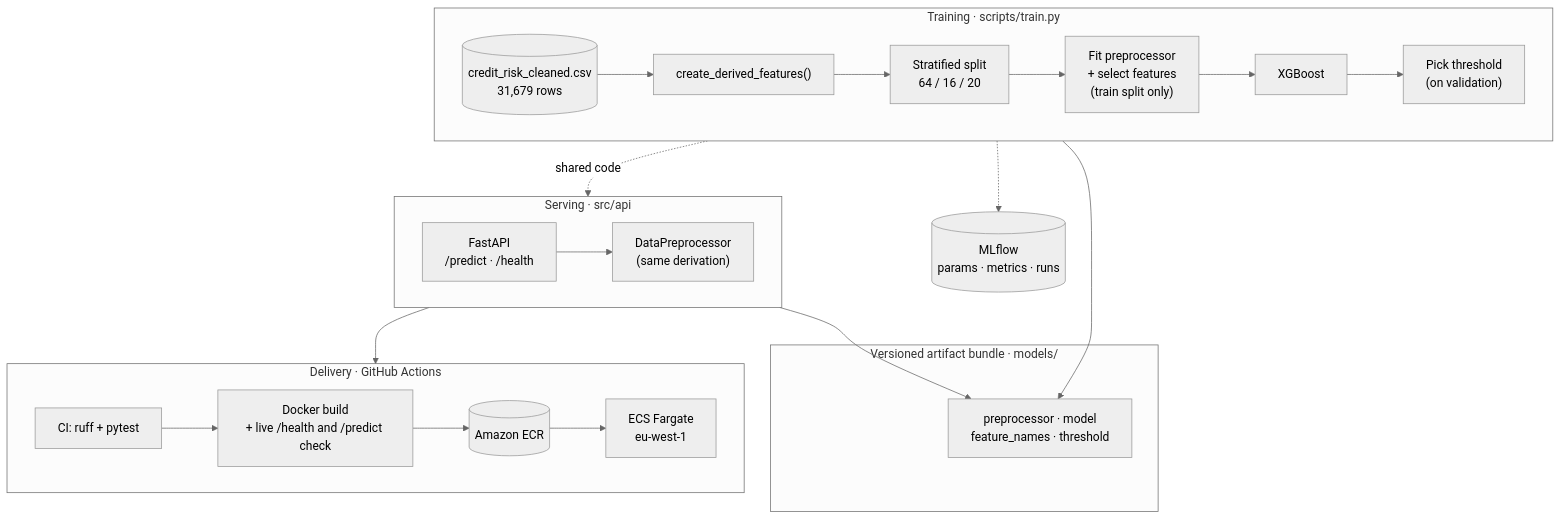
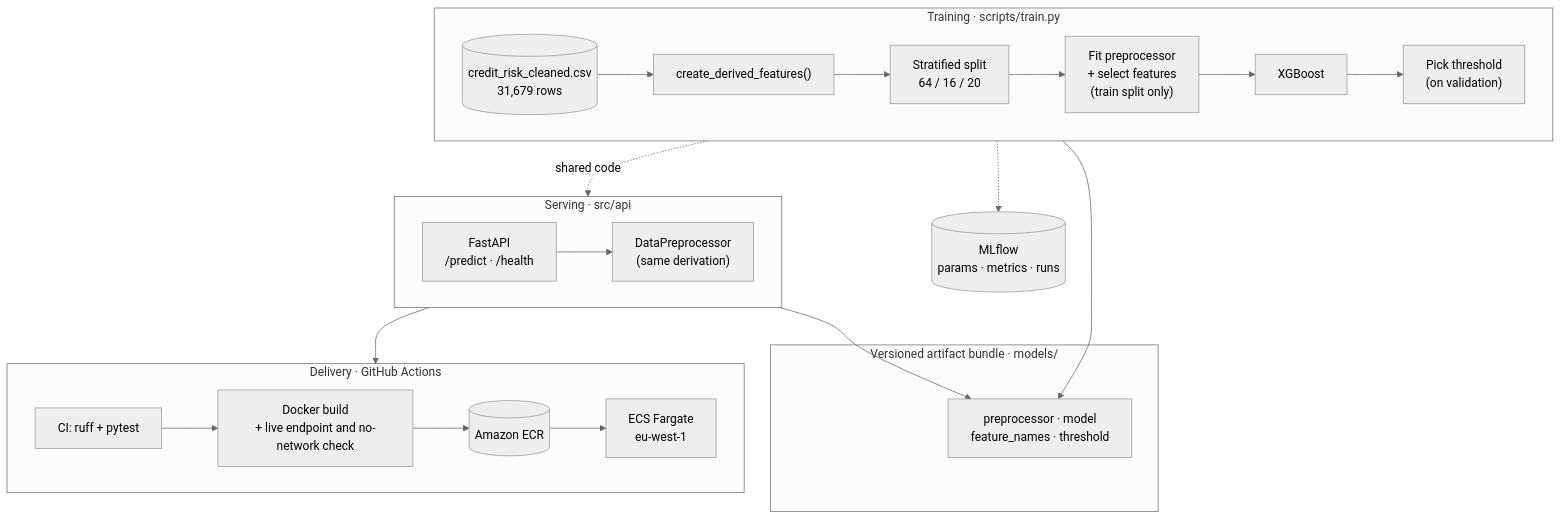
Before and after one commit to AntonioAlbaladejo/credit-risk-engine: the diagram in README.md, drawn with Mermaid (neutral theme). The commit also changed other lines of this file, not shown here.

````diff
--- a/README.md
+++ b/README.md
@@ -126,40 +126,40 @@
 ```mermaid
 flowchart TB
     subgraph training["Training  ·  scripts/train.py"]
         direction LR
         raw[("credit_risk_cleaned.csv<br/>31,679 rows")]
         derive["create_derived_features()"]
         split["Stratified split<br/>64 / 16 / 20"]
         fit["Fit preprocessor<br/>+ select features<br/>(train split only)"]
         train["XGBoost"]
         thr["Pick threshold<br/>(on validation)"]
         raw --> derive --> split --> fit --> train --> thr
     end
 
     subgraph bundle["Versioned artifact bundle  ·  models/"]
         art["preprocessor · model<br/>feature_names · threshold"]
     end
 
     subgraph serving["Serving  ·  src/api"]
         direction LR
         api["FastAPI<br/>/predict · /health"]
         pre["DataPreprocessor<br/>(same derivation)"]
         api --> pre --> art
     end
 
     subgraph deploy["Delivery  ·  GitHub Actions"]
         direction LR
         ci["CI: ruff + pytest"]
-        img["Docker build<br/>+ live /health and /predict check"]
+        img["Docker build<br/>+ live endpoint and no-network check"]
         ecr[("Amazon ECR")]
         ecs["ECS Fargate<br/>eu-west-1"]
         ci --> img --> ecr --> ecs
     end
 
     thr --> art
     derive -.->|shared code| pre
     serving --> img
 
     mlflow[("MLflow<br/>params · metrics · runs")]
     training -.-> mlflow
 ```
````
